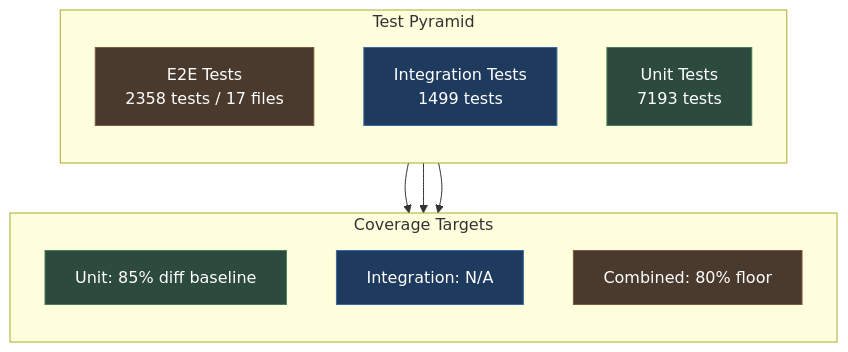
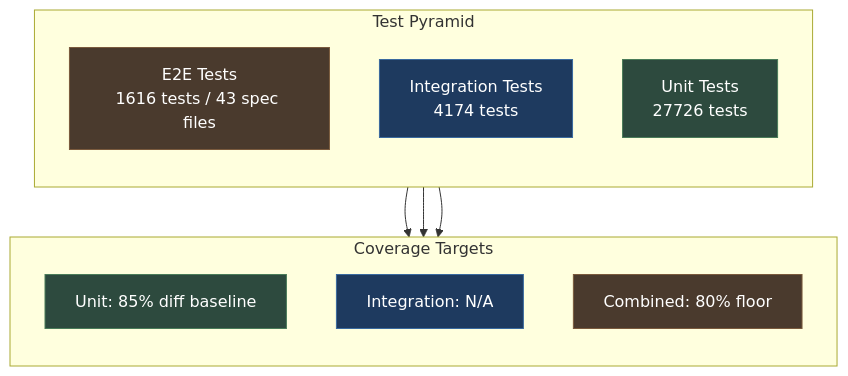
The diagram in docs/development/testing.md (mikesvoboda/nemotron-v3-home-security-intelligence), drawn with Mermaid before and after one commit. The commit also changed other lines of this file and 313 other files, not shown here.

````diff
--- a/docs/development/testing.md
+++ b/docs/development/testing.md
@@ -35,27 +35,27 @@
 ```mermaid
 flowchart TB
     subgraph Pyramid["Test Pyramid"]
         direction TB
-        E2E["E2E Tests<br/>2358 tests / 17 files"]
-        INT["Integration Tests<br/>1499 tests"]
-        UNIT["Unit Tests<br/>7193 tests"]
+        E2E["E2E Tests<br/>1616 tests / 43 spec files"]
+        INT["Integration Tests<br/>4174 tests"]
+        UNIT["Unit Tests<br/>27726 tests"]
     end
 
     subgraph Coverage["Coverage Targets"]
         direction TB
         UNIT_COV["Unit: 85% diff baseline"]
         INT_COV["Integration: N/A"]
         TOTAL_COV["Combined: 80% floor"]
     end
 
     UNIT --> UNIT_COV
     INT --> INT_COV
     E2E --> TOTAL_COV
 
     style UNIT fill:#2d4a3e,stroke:#4a7c59,color:#fff
     style INT fill:#1e3a5f,stroke:#3a6a9f,color:#fff
     style E2E fill:#4a3a2d,stroke:#7a5a3d,color:#fff
     style UNIT_COV fill:#2d4a3e,stroke:#4a7c59,color:#fff
     style INT_COV fill:#1e3a5f,stroke:#3a6a9f,color:#fff
     style TOTAL_COV fill:#4a3a2d,stroke:#7a5a3d,color:#fff
 ```
````
